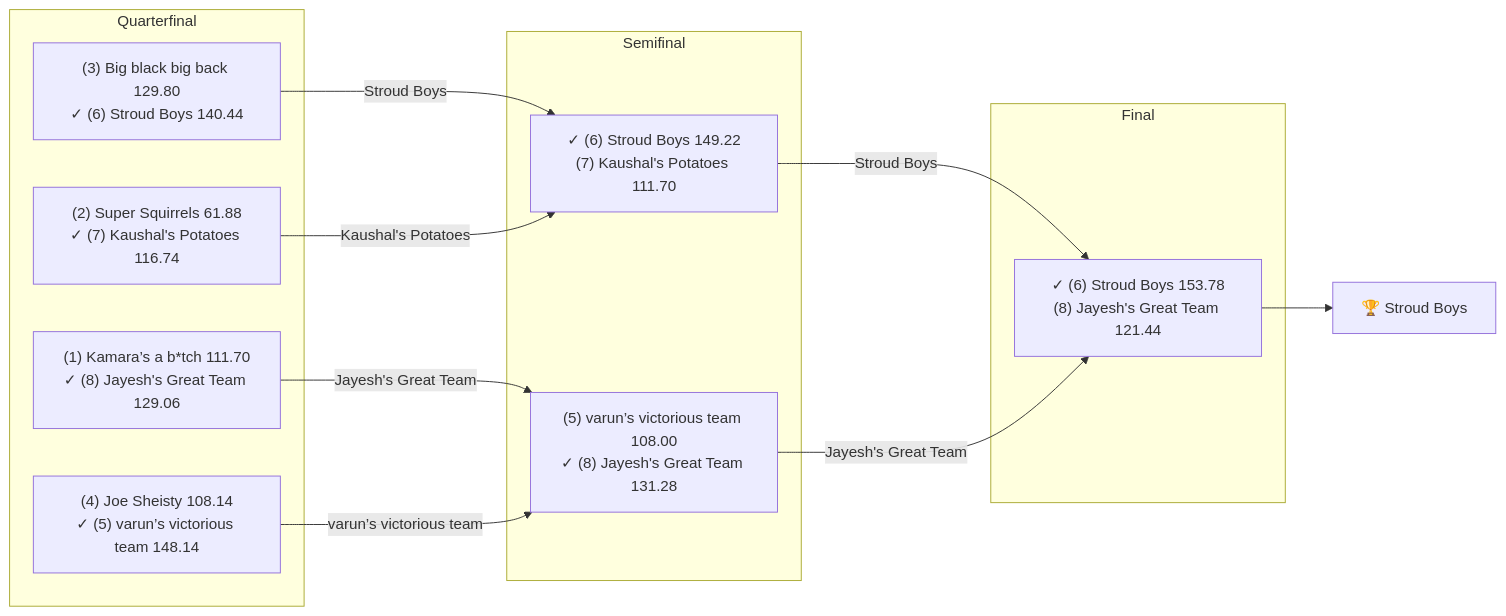
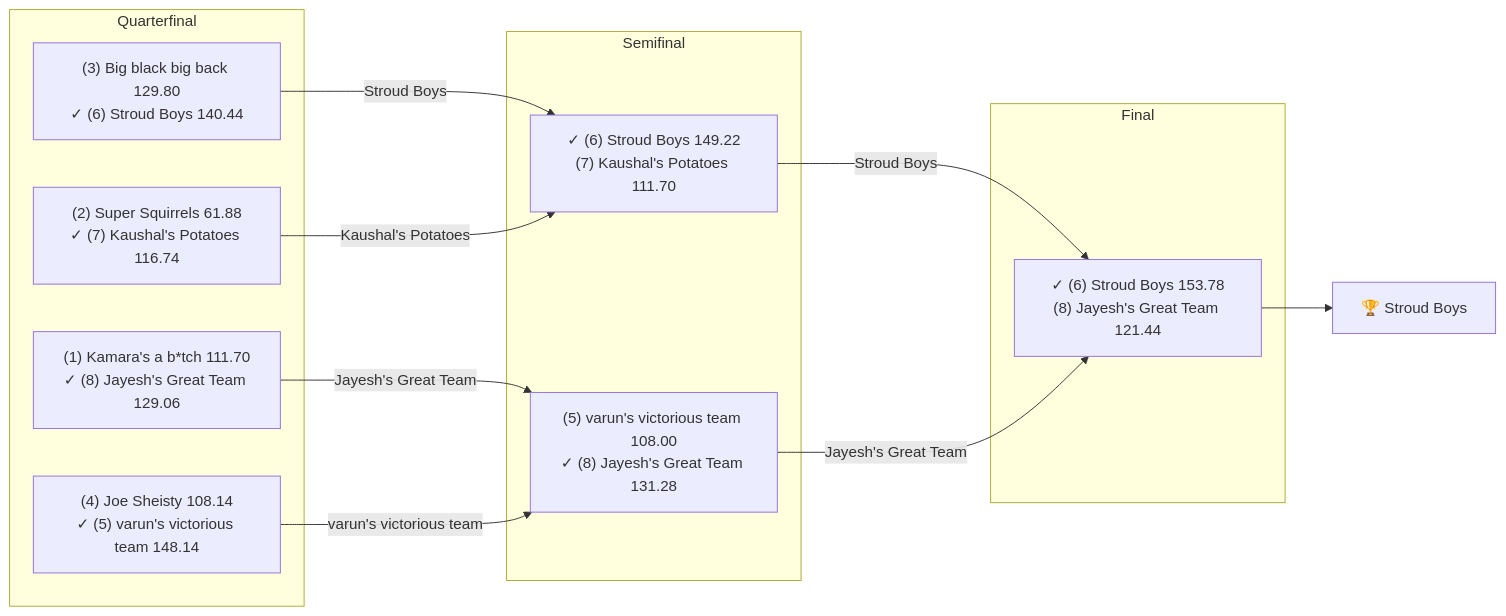
One commit to narenp12/pine-hills-wiki changed the diagram in zensical/docs/seasons/2024-season.md. Above: the diagram before and after it, drawn with Mermaid. The commit also changed other lines of this file and 699 other files, not shown here.

````diff
--- a/zensical/docs/seasons/2024-season.md
+++ b/zensical/docs/seasons/2024-season.md
@@ -38,23 +38,23 @@
 ```mermaid
 flowchart LR
     subgraph RQuarterfinal["Quarterfinal"]
-        W15G1["(1) Kamara’s a b*tch 111.70<br>✓ (8) Jayesh's Great Team 129.06"]
-        W15G2["(4) Joe Sheisty 108.14<br>✓ (5) varun’s victorious team 148.14"]
+        W15G1["(1) Kamara's a b*tch 111.70<br>✓ (8) Jayesh's Great Team 129.06"]
+        W15G2["(4) Joe Sheisty 108.14<br>✓ (5) varun's victorious team 148.14"]
         W15G3["(3) Big black big back 129.80<br>✓ (6) Stroud Boys 140.44"]
         W15G4["(2) Super Squirrels 61.88<br>✓ (7) Kaushal's Potatoes 116.74"]
     end
     subgraph RSemifinal["Semifinal"]
         W16G1["✓ (6) Stroud Boys 149.22<br>(7) Kaushal's Potatoes 111.70"]
-        W16G2["(5) varun’s victorious team 108.00<br>✓ (8) Jayesh's Great Team 131.28"]
+        W16G2["(5) varun's victorious team 108.00<br>✓ (8) Jayesh's Great Team 131.28"]
     end
     subgraph RFinal["Final"]
         W17G1["✓ (6) Stroud Boys 153.78<br>(8) Jayesh's Great Team 121.44"]
     end
     W15G1 -->|"Jayesh's Great Team"| W16G2
-    W15G2 -->|"varun’s victorious team"| W16G2
+    W15G2 -->|"varun's victorious team"| W16G2
     W15G3 -->|"Stroud Boys"| W16G1
     W15G4 -->|"Kaushal's Potatoes"| W16G1
     W16G1 -->|"Stroud Boys"| W17G1
     W16G2 -->|"Jayesh's Great Team"| W17G1
     W17G1 --> CHAMP["🏆 Stroud Boys"]
 ```
````
